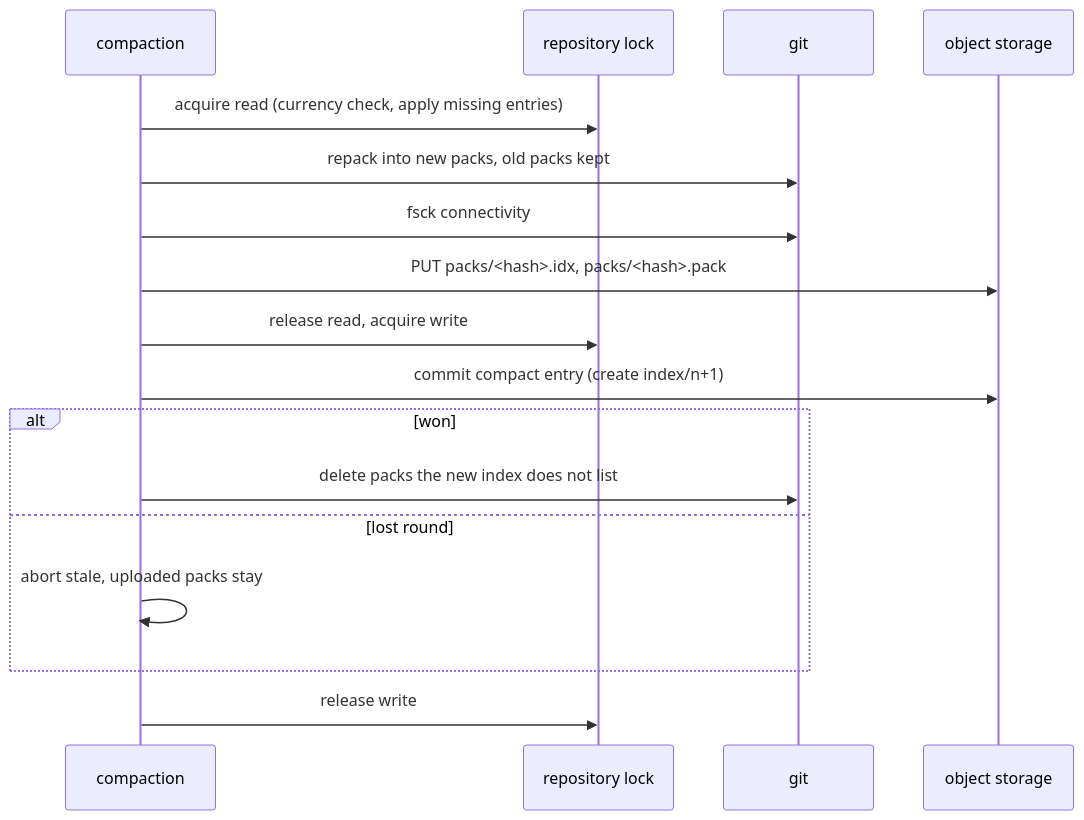
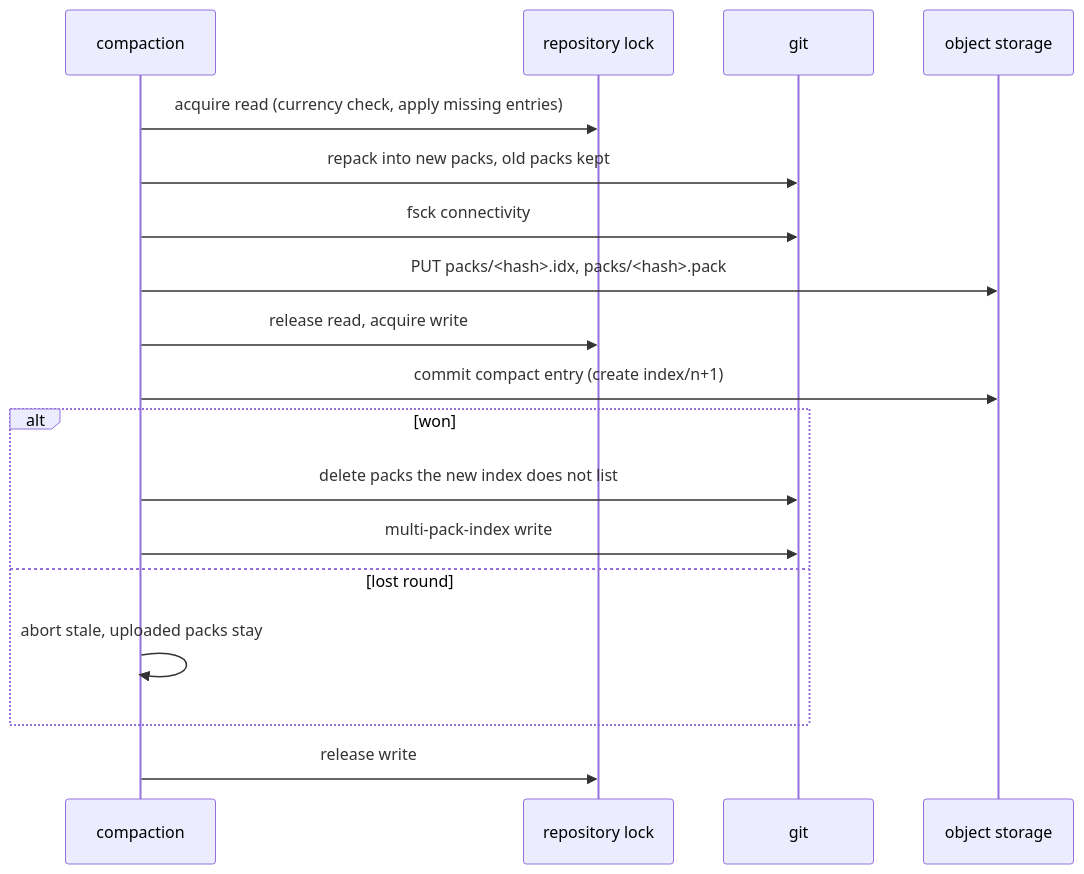
Before and after one commit to latere-ai/origo: the diagram in specs/006-compaction.md, drawn with Mermaid. The commit also changed other lines of this file, not shown here.

Commit message:
specs(006): non-primary pushes request compaction through origo/gc, reference 004's pack mapping, write the multi-pack index after the swap

````diff
--- a/specs/006-compaction.md
+++ b/specs/006-compaction.md
@@ -79,19 +92,20 @@
 ```mermaid
 sequenceDiagram
   participant C as compaction
   participant L as repository lock
   participant G as git
   participant S as object storage
   C->>L: acquire read (currency check, apply missing entries)
   C->>G: repack into new packs, old packs kept
   C->>G: fsck connectivity
   C->>S: PUT packs/<hash>.idx, packs/<hash>.pack
   C->>L: release read, acquire write
   C->>S: commit compact entry (create index/n+1)
   alt won
     C->>G: delete packs the new index does not list
+    C->>G: multi-pack-index write
   else lost round
     C->>C: abort stale, uploaded packs stay
   end
   C->>L: release write
 ```
````
